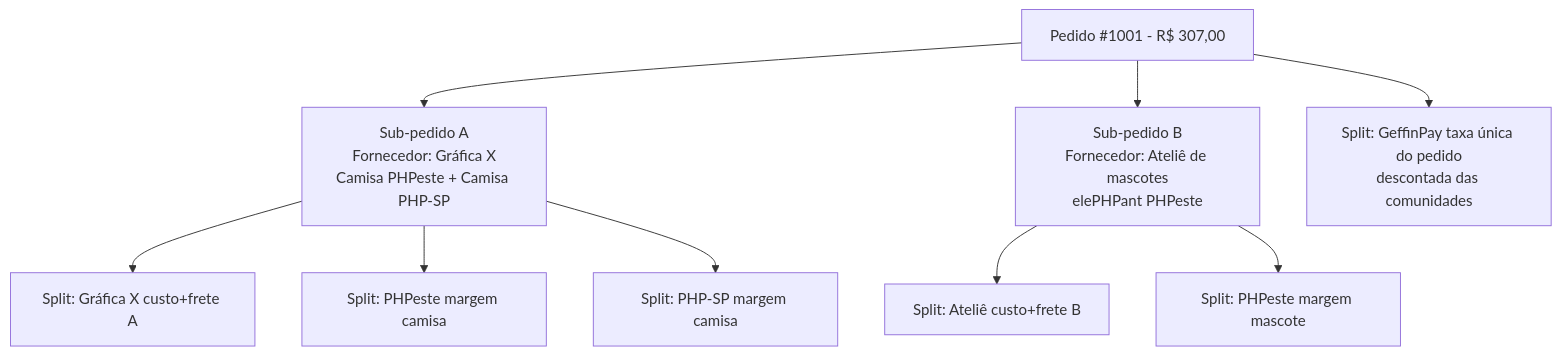
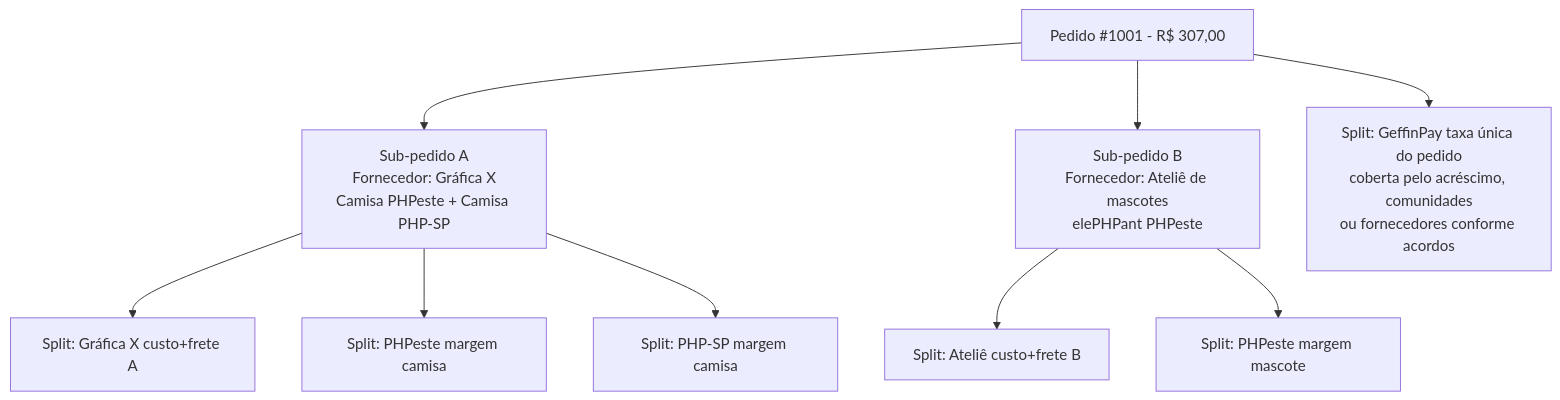
One commit to BdsOliveira/loja-tech-brasil changed the fourth of 28 diagrams in modelo-de-negocios.md. Above: the diagram before and after it, drawn with Mermaid. The commit also changed other lines of this file, not shown here.

````diff
--- a/modelo-de-negocios.md
+++ b/modelo-de-negocios.md
@@ -272,11 +324,11 @@
 ```mermaid
 flowchart TB
     P[Pedido #1001 - R$ 307,00] --> SP1[Sub-pedido A<br/>Fornecedor: Gráfica X<br/>Camisa PHPeste + Camisa PHP-SP]
     P --> SP2[Sub-pedido B<br/>Fornecedor: Ateliê de mascotes<br/>elePHPant PHPeste]
     SP1 --> S1[Split: Gráfica X custo+frete A]
     SP1 --> S2[Split: PHPeste margem camisa]
     SP1 --> S3[Split: PHP-SP margem camisa]
     SP2 --> S4[Split: Ateliê custo+frete B]
     SP2 --> S5[Split: PHPeste margem mascote]
-    P --> S6[Split: GeffinPay taxa única do pedido<br/>descontada das comunidades]
+    P --> S6[Split: GeffinPay taxa única do pedido<br/>coberta pelo acréscimo, comunidades<br/>ou fornecedores conforme acordos]
 ```
````
